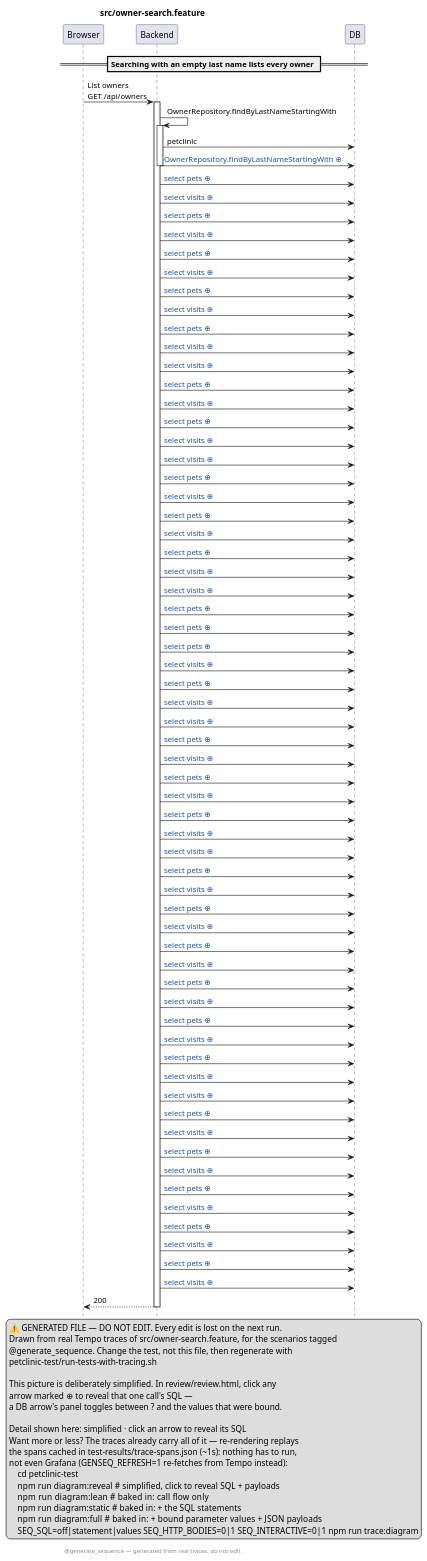
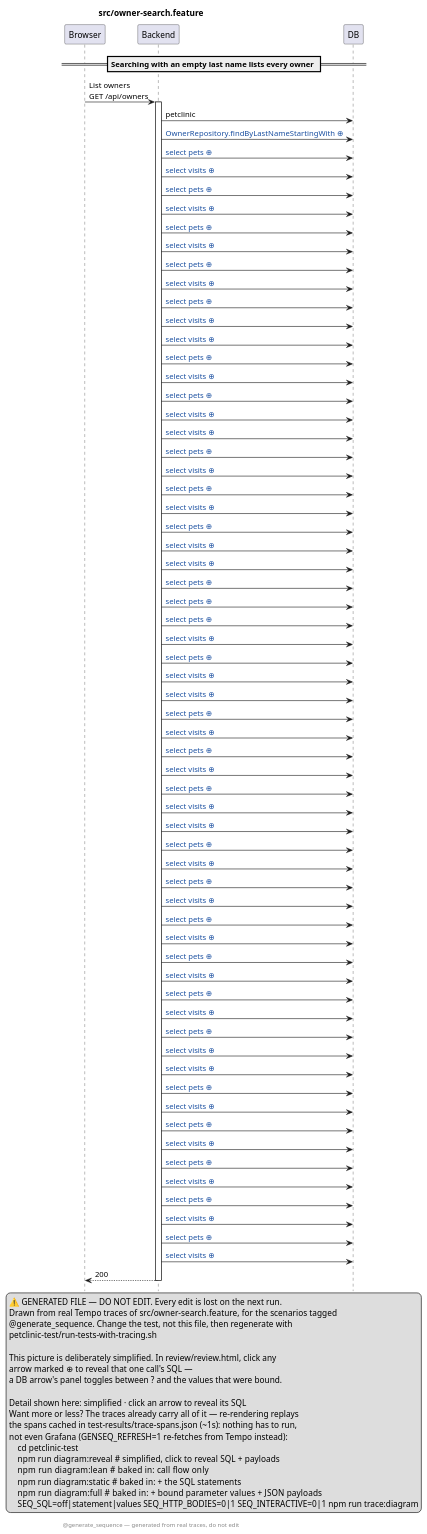
The diagram in petclinic-test/src/owner-search.feature.genseq.puml (victorrentea/petclinic), drawn with PlantUML before and after one commit. The commit also changed 9 other files, not shown here.

```diff
--- a/petclinic-test/src/owner-search.feature.genseq.puml
+++ b/petclinic-test/src/owner-search.feature.genseq.puml
@@ -1,102 +1,99 @@
 @startuml
 ' ⚠️  GENERATED FILE — DO NOT EDIT. Every edit is lost on the next run.
 hide footbox
 skinparam hyperlinkUnderline false
 skinparam hyperlinkColor #1A4FA0
 title src/owner-search.feature
 legend right
   ⚠️  GENERATED FILE — DO NOT EDIT. Every edit is lost on the next run.
   Drawn from real Tempo traces of src/owner-search.feature, for the scenarios tagged
   @generate_sequence. Change the test, not this file, then regenerate with
   petclinic-test/run-tests-with-tracing.sh
  
   This picture is deliberately simplified. In review/review.html, click any
   arrow marked ⊕ to reveal that one call's SQL —
   a DB arrow's panel toggles between ? and the values that were bound.
  
   Detail shown here: simplified · click an arrow to reveal its SQL
   Want more or less? The traces already carry all of it — re-rendering replays
   the spans cached in test-results/trace-spans.json (~1s): nothing has to run,
   not even Grafana (GENSEQ_REFRESH=1 re-fetches from Tempo instead):
       cd petclinic-test
       npm run diagram:reveal  # simplified, click to reveal SQL + payloads
       npm run diagram:lean    # baked in: call flow only
       npm run diagram:static  # baked in: + the SQL statements
       npm run diagram:full    # baked in: + bound parameter values + JSON payloads
       SEQ_SQL=off|statement|values SEQ_HTTP_BODIES=0|1 SEQ_INTERACTIVE=0|1 npm run trace:diagram
 end legend
 footer @generate_sequence — generated from real traces, do not edit
 participant Browser
 participant Backend
 participant DB
 == Searching with an empty last name lists every owner ==
 Browser -> Backend: List owners\nGET /api/owners
 activate Backend
-Backend -> Backend: OwnerRepository.findByLastNameStartingWith
-activate Backend
 Backend -> DB: petclinic
-Backend -> DB: [[genseq://143xe0l{Click for the statement behind this call} OwnerRepository.findByLastNameStartingWith ⊕]]
-deactivate Backend
-Backend -> DB: [[genseq://030w0nk{Click for the statement behind this call} select pets ⊕]]
-Backend -> DB: [[genseq://0nq1lxs{Click for the statement behind this call} select visits ⊕]]
-Backend -> DB: [[genseq://12cxbed{Click for the statement behind this call} select pets ⊕]]
-Backend -> DB: [[genseq://1n22wol{Click for the statement behind this call} select visits ⊕]]
-Backend -> DB: [[genseq://1lhvte6{Click for the statement behind this call} select pets ⊕]]
-Backend -> DB: [[genseq://075xcpa{Click for the statement behind this call} select visits ⊕]]
-Backend -> DB: [[genseq://0ro48t7{Click for the statement behind this call} select pets ⊕]]
-Backend -> DB: [[genseq://1cd9u3f{Click for the statement behind this call} select visits ⊕]]
-Backend -> DB: [[genseq://15zzto4{Click for the statement behind this call} select pets ⊕]]
-Backend -> DB: [[genseq://1o7w4wp{Click for the statement behind this call} select visits ⊕]]
-Backend -> DB: [[genseq://1qp5eyc{Click for the statement behind this call} select visits ⊕]]
-Backend -> DB: [[genseq://13iqjmh{Click for the statement behind this call} select pets ⊕]]
-Backend -> DB: [[genseq://1hzjhsy{Click for the statement behind this call} select visits ⊕]]
-Backend -> DB: [[genseq://0xadwiq{Click for the statement behind this call} select pets ⊕]]
-Backend -> DB: [[genseq://060v3d1{Click for the statement behind this call} select visits ⊕]]
-Backend -> DB: [[genseq://0vcpepb{Click for the statement behind this call} select visits ⊕]]
-Backend -> DB: [[genseq://0anjtf3{Click for the statement behind this call} select pets ⊕]]
-Backend -> DB: [[genseq://0yvdxi8{Click for the statement behind this call} select visits ⊕]]
-Backend -> DB: [[genseq://1a2kb0l{Click for the statement behind this call} select pets ⊕]]
-Backend -> DB: [[genseq://12hpq13{Click for the statement behind this call} select visits ⊕]]
-Backend -> DB: [[genseq://03vz36o{Click for the statement behind this call} select pets ⊕]]
-Backend -> DB: [[genseq://00upuw9{Click for the statement behind this call} select visits ⊕]]
-Backend -> DB: [[genseq://1parp4q{Click for the statement behind this call} select visits ⊕]]
-Backend -> DB: [[genseq://07iavpj{Click for the statement behind this call} select pets ⊕]]
-Backend -> DB: [[genseq://0ubcut6{Click for the statement behind this call} select pets ⊕]]
-Backend -> DB: [[genseq://14wf2jt{Click for the statement behind this call} select pets ⊕]]
-Backend -> DB: [[genseq://10175qc{Click for the statement behind this call} select visits ⊕]]
-Backend -> DB: [[genseq://051sbes{Click for the statement behind this call} select pets ⊕]]
-Backend -> DB: [[genseq://1nou1nv{Click for the statement behind this call} select visits ⊕]]
-Backend -> DB: [[genseq://04e6q5a{Click for the statement behind this call} select visits ⊕]]
-Backend -> DB: [[genseq://0spf7cb{Click for the statement behind this call} select pets ⊕]]
-Backend -> DB: [[genseq://0o4hxq5{Click for the statement behind this call} select visits ⊕]]
-Backend -> DB: [[genseq://18fvxsu{Click for the statement behind this call} select pets ⊕]]
-Backend -> DB: [[genseq://0bzx4uw{Click for the statement behind this call} select visits ⊕]]
-Backend -> DB: [[genseq://1s675dp{Click for the statement behind this call} select pets ⊕]]
-Backend -> DB: [[genseq://13f0bxw{Click for the statement behind this call} select visits ⊕]]
-Backend -> DB: [[genseq://10xr1w9{Click for the statement behind this call} select visits ⊕]]
-Backend -> DB: [[genseq://1g1mcig{Click for the statement behind this call} select pets ⊕]]
-Backend -> DB: [[genseq://1iwwbny{Click for the statement behind this call} select visits ⊕]]
-Backend -> DB: [[genseq://08flhmc{Click for the statement behind this call} select pets ⊕]]
-Backend -> DB: [[genseq://0p34r2z{Click for the statement behind this call} select visits ⊕]]
-Backend -> DB: [[genseq://05yc7kp{Click for the statement behind this call} select pets ⊕]]
-Backend -> DB: [[genseq://00fwixc{Click for the statement behind this call} select visits ⊕]]
-Backend -> DB: [[genseq://0nxhhce{Click for the statement behind this call} select pets ⊕]]
-Backend -> DB: [[genseq://0zrxto5{Click for the statement behind this call} select visits ⊕]]
-Backend -> DB: [[genseq://1t4tyqj{Click for the statement behind this call} select pets ⊕]]
-Backend -> DB: [[genseq://0qp2eju{Click for the statement behind this call} select visits ⊕]]
-Backend -> DB: [[genseq://14hlqkw{Click for the statement behind this call} select pets ⊕]]
-Backend -> DB: [[genseq://1sjcrsc{Click for the statement behind this call} select visits ⊕]]
-Backend -> DB: [[genseq://0u99zjr{Click for the statement behind this call} select visits ⊕]]
-Backend -> DB: [[genseq://04sizcl{Click for the statement behind this call} select pets ⊕]]
-Backend -> DB: [[genseq://0so4c5t{Click for the statement behind this call} select visits ⊕]]
-Backend -> DB: [[genseq://1uqrm7e{Click for the statement behind this call} select pets ⊕]]
-Backend -> DB: [[genseq://1ufhslr{Click for the statement behind this call} select visits ⊕]]
-Backend -> DB: [[genseq://1yaz77b{Click for the statement behind this call} select pets ⊕]]
-Backend -> DB: [[genseq://0p1zmte{Click for the statement behind this call} select visits ⊕]]
-Backend -> DB: [[genseq://0xjxxgs{Click for the statement behind this call} select pets ⊕]]
-Backend -> DB: [[genseq://07ldlu5{Click for the statement behind this call} select visits ⊕]]
-Backend -> DB: [[genseq://0wu9h9z{Click for the statement behind this call} select pets ⊕]]
-Backend -> DB: [[genseq://1hjf2k7{Click for the statement behind this call} select visits ⊕]]
+Backend -> DB: [[genseq://1aoufu2{Click for the statement behind this call} OwnerRepository.findByLastNameStartingWith ⊕]]
+Backend -> DB: [[genseq://1hjadar{Click for the statement behind this call} select pets ⊕]]
+Backend -> DB: [[genseq://1bcshtp{Click for the statement behind this call} select visits ⊕]]
+Backend -> DB: [[genseq://1ywvbwm{Click for the statement behind this call} select pets ⊕]]
+Backend -> DB: [[genseq://0z85hco{Click for the statement behind this call} select visits ⊕]]
+Backend -> DB: [[genseq://0zrdtil{Click for the statement behind this call} select pets ⊕]]
+Backend -> DB: [[genseq://014al43{Click for the statement behind this call} select visits ⊕]]
+Backend -> DB: [[genseq://1e02kqw{Click for the statement behind this call} select pets ⊕]]
+Backend -> DB: [[genseq://19jw8ly{Click for the statement behind this call} select visits ⊕]]
+Backend -> DB: [[genseq://1afgvsf{Click for the statement behind this call} select pets ⊕]]
+Backend -> DB: [[genseq://1k944l8{Click for the statement behind this call} select visits ⊕]]
+Backend -> DB: [[genseq://15hw4kh{Click for the statement behind this call} select visits ⊕]]
+Backend -> DB: [[genseq://05qnn6q{Click for the statement behind this call} select pets ⊕]]
+Backend -> DB: [[genseq://1uai9tz{Click for the statement behind this call} select visits ⊕]]
+Backend -> DB: [[genseq://04yaot5{Click for the statement behind this call} select pets ⊕]]
+Backend -> DB: [[genseq://0ppzjxe{Click for the statement behind this call} select visits ⊕]]
+Backend -> DB: [[genseq://0prupmi{Click for the statement behind this call} select visits ⊕]]
+Backend -> DB: [[genseq://0j0trn8{Click for the statement behind this call} select pets ⊕]]
+Backend -> DB: [[genseq://1uessj3{Click for the statement behind this call} select visits ⊕]]
+Backend -> DB: [[genseq://0qutb9k{Click for the statement behind this call} select pets ⊕]]
+Backend -> DB: [[genseq://1xzehhk{Click for the statement behind this call} select visits ⊕]]
+Backend -> DB: [[genseq://0ow5hm5{Click for the statement behind this call} select pets ⊕]]
+Backend -> DB: [[genseq://0jv36o6{Click for the statement behind this call} select visits ⊕]]
+Backend -> DB: [[genseq://1jqpq99{Click for the statement behind this call} select visits ⊕]]
+Backend -> DB: [[genseq://1twjd9e{Click for the statement behind this call} select pets ⊕]]
+Backend -> DB: [[genseq://179pa5r{Click for the statement behind this call} select pets ⊕]]
+Backend -> DB: [[genseq://0spdoa4{Click for the statement behind this call} select pets ⊕]]
+Backend -> DB: [[genseq://02hi82b{Click for the statement behind this call} select visits ⊕]]
+Backend -> DB: [[genseq://1rv9amp{Click for the statement behind this call} select pets ⊕]]
+Backend -> DB: [[genseq://1s4i48c{Click for the statement behind this call} select visits ⊕]]
+Backend -> DB: [[genseq://0sxylsh{Click for the statement behind this call} select visits ⊕]]
+Backend -> DB: [[genseq://1vr3q9y{Click for the statement behind this call} select pets ⊕]]
+Backend -> DB: [[genseq://0qywo6i{Click for the statement behind this call} select visits ⊕]]
+Backend -> DB: [[genseq://11eqpar{Click for the statement behind this call} select pets ⊕]]
+Backend -> DB: [[genseq://0i95j7b{Click for the statement behind this call} select visits ⊕]]
+Backend -> DB: [[genseq://0zn1he8{Click for the statement behind this call} select pets ⊕]]
+Backend -> DB: [[genseq://0z1nibr{Click for the statement behind this call} select visits ⊕]]
+Backend -> DB: [[genseq://1luphfe{Click for the statement behind this call} select visits ⊕]]
+Backend -> DB: [[genseq://1yz2s51{Click for the statement behind this call} select pets ⊕]]
+Backend -> DB: [[genseq://02ksvnp{Click for the statement behind this call} select visits ⊕]]
+Backend -> DB: [[genseq://1ui76yh{Click for the statement behind this call} select pets ⊕]]
+Backend -> DB: [[genseq://0vfbpsw{Click for the statement behind this call} select visits ⊕]]
+Backend -> DB: [[genseq://1wn2wlw{Click for the statement behind this call} select pets ⊕]]
+Backend -> DB: [[genseq://1k8rtyj{Click for the statement behind this call} select visits ⊕]]
+Backend -> DB: [[genseq://06hjrnf{Click for the statement behind this call} select pets ⊕]]
+Backend -> DB: [[genseq://00y4ify{Click for the statement behind this call} select visits ⊕]]
+Backend -> DB: [[genseq://10nowmm{Click for the statement behind this call} select pets ⊕]]
+Backend -> DB: [[genseq://1wfrp61{Click for the statement behind this call} select visits ⊕]]
+Backend -> DB: [[genseq://1o34u8l{Click for the statement behind this call} select pets ⊕]]
+Backend -> DB: [[genseq://131zikf{Click for the statement behind this call} select visits ⊕]]
+Backend -> DB: [[genseq://0wl4y10{Click for the statement behind this call} select visits ⊕]]
+Backend -> DB: [[genseq://14lgvhs{Click for the statement behind this call} select pets ⊕]]
+Backend -> DB: [[genseq://0cgh436{Click for the statement behind this call} select visits ⊕]]
+Backend -> DB: [[genseq://0ccg4wn{Click for the statement behind this call} select pets ⊕]]
+Backend -> DB: [[genseq://18twor0{Click for the statement behind this call} select visits ⊕]]
+Backend -> DB: [[genseq://1klw40a{Click for the statement behind this call} select pets ⊕]]
+Backend -> DB: [[genseq://1ksbt81{Click for the statement behind this call} select visits ⊕]]
+Backend -> DB: [[genseq://1m8kh81{Click for the statement behind this call} select pets ⊕]]
+Backend -> DB: [[genseq://1obsoh2{Click for the statement behind this call} select visits ⊕]]
+Backend -> DB: [[genseq://18567ho{Click for the statement behind this call} select pets ⊕]]
+Backend -> DB: [[genseq://1eq1h2q{Click for the statement behind this call} select visits ⊕]]
 Backend --> Browser: 200
 deactivate Backend
 @enduml
```
